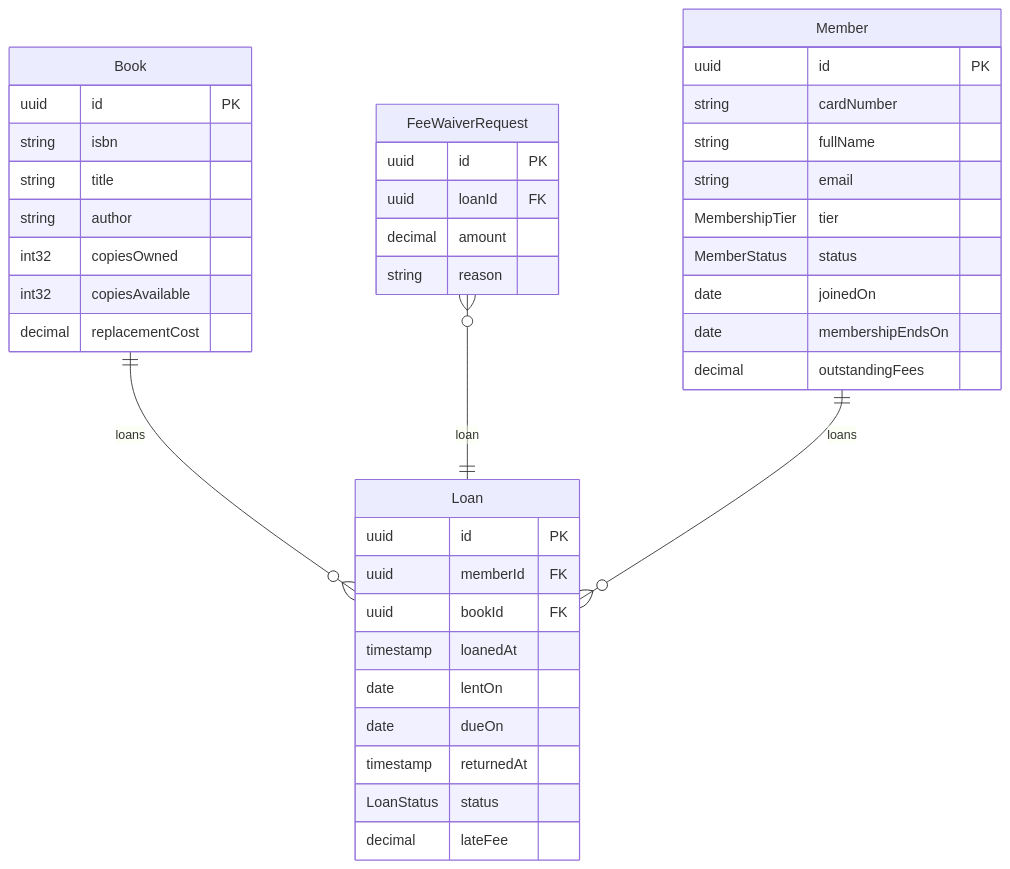
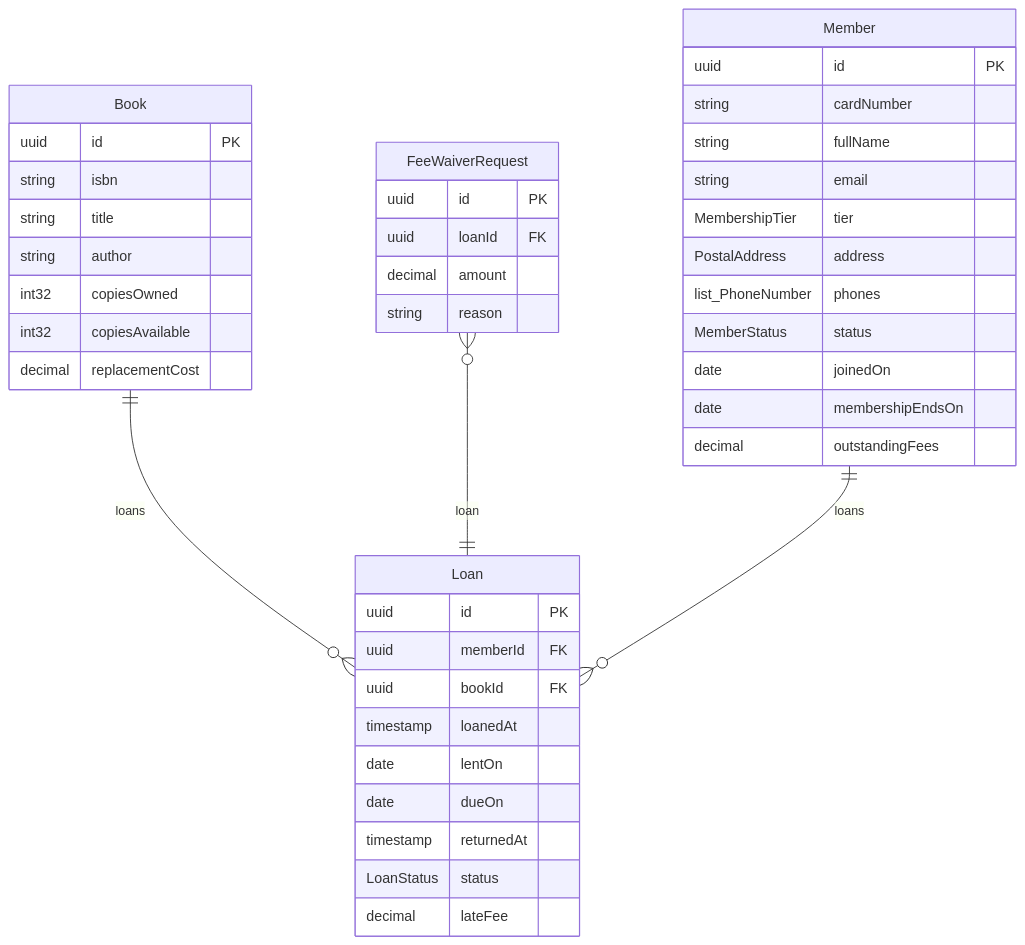
The first of 24 diagrams in examples/library-lending/docs/techspec.md (SpecArch/specarch), drawn with Mermaid before and after one commit. The commit also changed other lines of this file and 115 other files, not shown here.

````diff
--- a/examples/library-lending/docs/techspec.md
+++ b/examples/library-lending/docs/techspec.md
@@ -95,43 +95,45 @@
 ```mermaid
 erDiagram
   Book ||--o{ Loan : loans
   FeeWaiverRequest }o--|| Loan : loan
   Member ||--o{ Loan : loans
   Book {
     uuid id PK
     string isbn
     string title
     string author
     int32 copiesOwned
     int32 copiesAvailable
     decimal replacementCost
   }
   FeeWaiverRequest {
     uuid id PK
     uuid loanId FK
     decimal amount
     string reason
   }
   Loan {
     uuid id PK
     uuid memberId FK
     uuid bookId FK
     timestamp loanedAt
     date lentOn
     date dueOn
     timestamp returnedAt
     LoanStatus status
     decimal lateFee
   }
   Member {
     uuid id PK
     string cardNumber
     string fullName
     string email
     MembershipTier tier
+    PostalAddress address
+    list_PhoneNumber phones
     MemberStatus status
     date joinedOn
     date membershipEndsOn
     decimal outstandingFees
   }
 ```
````
